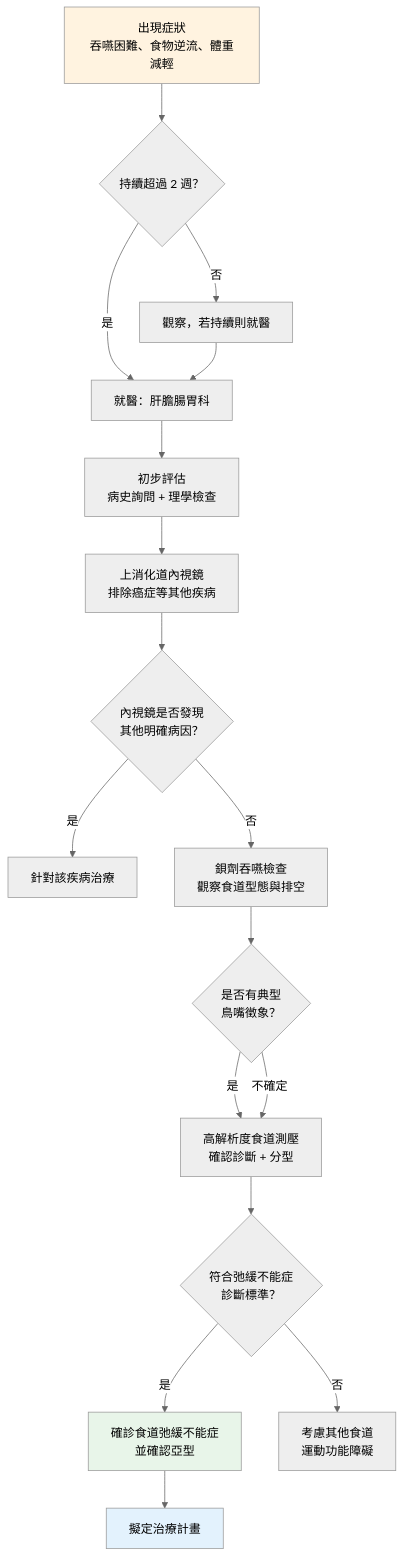
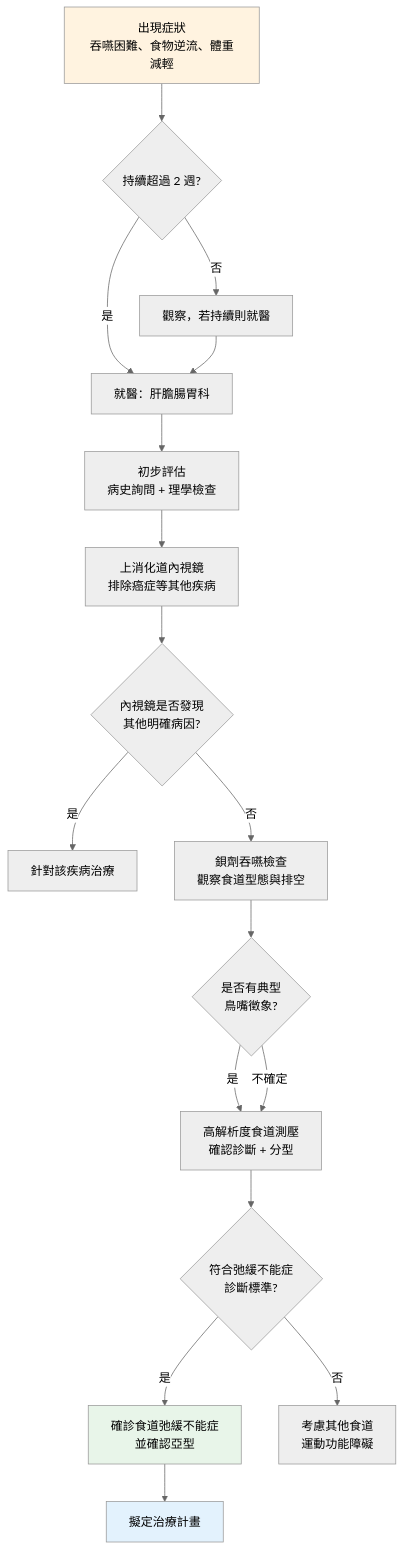
Before and after one commit to dontchangela-bit/esophageal-education: the diagram in 食道弛緩不能症/一般版/02_症狀與診斷.md, drawn with Mermaid (neutral theme). The commit also changed 59 other files, not shown here.

First line of the commit message:
Fix Mermaid v11.13 syntax errors across all esophageal files

````diff
--- a/食道弛緩不能症/一般版/02_症狀與診斷.md
+++ b/食道弛緩不能症/一般版/02_症狀與診斷.md
@@ -165,28 +165,28 @@
 ```mermaid
 flowchart TD
-    A[出現症狀<br/>吞嚥困難、食物逆流、體重減輕] --> B{持續超過 2 週？}
+    A[出現症狀<br/>吞嚥困難、食物逆流、體重減輕] --> B{持續超過 2 週?}
     B -- 是 --> C[就醫：肝膽腸胃科]
     B -- 否 --> B2[觀察，若持續則就醫]
     B2 --> C
 
     C --> D[初步評估<br/>病史詢問 + 理學檢查]
     D --> E[上消化道內視鏡<br/>排除癌症等其他疾病]
 
-    E --> F{內視鏡是否發現<br/>其他明確病因？}
+    E --> F{內視鏡是否發現<br/>其他明確病因?}
     F -- 是 --> G[針對該疾病治療]
     F -- 否 --> H[鋇劑吞嚥檢查<br/>觀察食道型態與排空]
 
-    H --> I{是否有典型<br/>鳥嘴徵象？}
+    H --> I{是否有典型<br/>鳥嘴徵象?}
     I -- 是 --> J[高解析度食道測壓<br/>確認診斷 + 分型]
     I -- 不確定 --> J
 
-    J --> K{符合弛緩不能症<br/>診斷標準？}
+    J --> K{符合弛緩不能症<br/>診斷標準?}
     K -- 是 --> L[確診食道弛緩不能症<br/>並確認亞型]
     K -- 否 --> M[考慮其他食道<br/>運動功能障礙]
 
     L --> N[擬定治療計畫]
 
     style A fill:#FFF3E0
     style L fill:#E8F5E9
     style N fill:#E3F2FD
 ```
````
